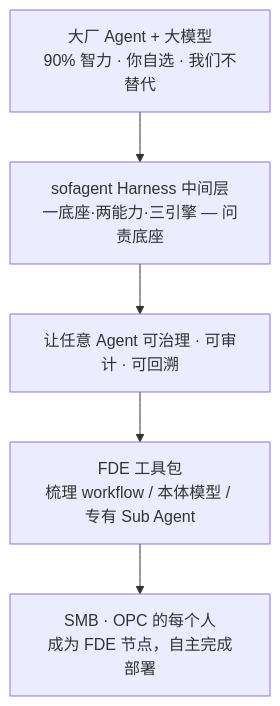
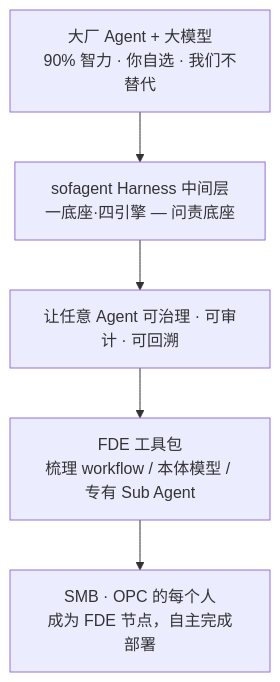
Before and after one commit to KongFangXun/sofagent: the first of 4 diagrams in docs/ARCHITECTURE.md, drawn with Mermaid. The commit also changed other lines of this file and 9 other files, not shown here.

First line of the commit message:
docs: 回退定位口号为「一底座·四引擎」，质评能力不进口号

````diff
--- a/docs/ARCHITECTURE.md
+++ b/docs/ARCHITECTURE.md
@@ -12,7 +12,7 @@
 ```mermaid
 graph TD
-    A[大厂 Agent + 大模型<br/>90% 智力 · 你自选 · 我们不替代] --> B[sofagent Harness 中间层<br/>一底座·两能力·三引擎 — 问责底座]
+    A[大厂 Agent + 大模型<br/>90% 智力 · 你自选 · 我们不替代] --> B[sofagent Harness 中间层<br/>一底座·四引擎 — 问责底座]
     B --> C[让任意 Agent 可治理 · 可审计 · 可回溯]
     C --> D[FDE 工具包<br/>梳理 workflow / 本体模型 / 专有 Sub Agent]
     D --> E[SMB · OPC 的每个人<br/>成为 FDE 节点，自主完成部署]
 ```
````
